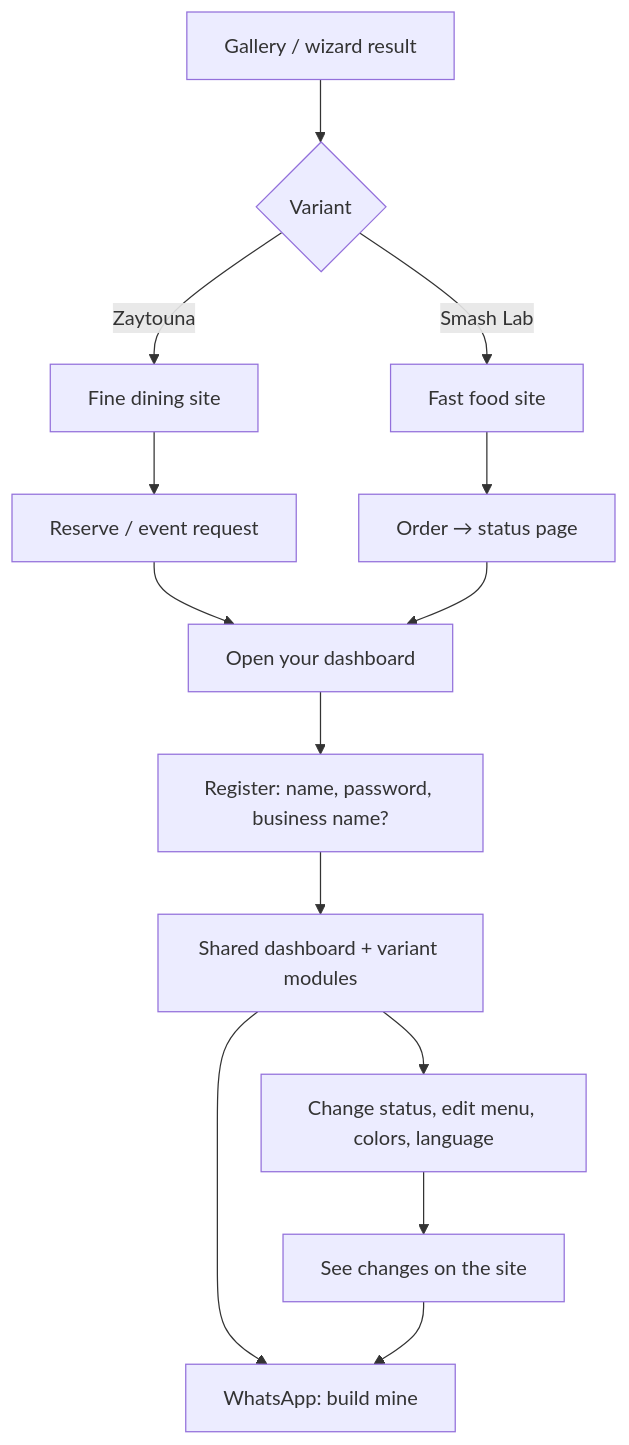
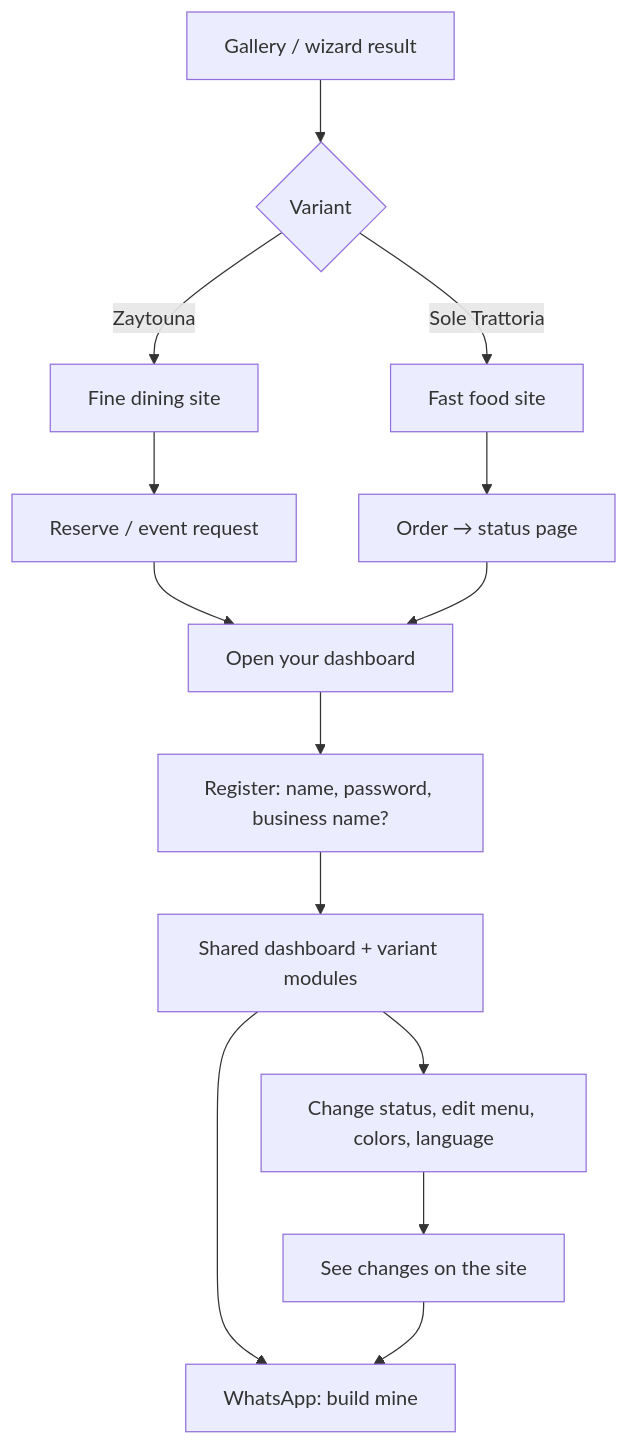
Before and after one commit to AhmedElnagarUU/Demmoss: the third of 3 diagrams in docs/features/template-restaurant.md, drawn with Mermaid. The commit also changed other lines of this file and 30 other files, not shown here.

First line of the commit message:
Restaurant B: Smash Lab becomes Sole Trattoria, pizza & pasta, mirroring its source

````diff
--- a/docs/features/template-restaurant.md
+++ b/docs/features/template-restaurant.md
@@ -301,16 +305,16 @@
 ```mermaid
 flowchart TD
   G[Gallery / wizard result] --> V{Variant}
   V -->|Zaytouna| SA[Fine dining site]
-  V -->|Smash Lab| SB[Fast food site]
+  V -->|Sole Trattoria| SB[Fast food site]
   SA --> RA[Reserve / event request]
   SB --> OB[Order → status page]
   RA --> CTA[Open your dashboard]
   OB --> CTA
   CTA --> AUTH[Register: name, password, business name?]
   AUTH --> DASH[Shared dashboard + variant modules]
   DASH --> ACT[Change status, edit menu, colors, language]
   ACT --> BACK[See changes on the site]
   DASH --> WA[WhatsApp: build mine]
   BACK --> WA
 ```
````
